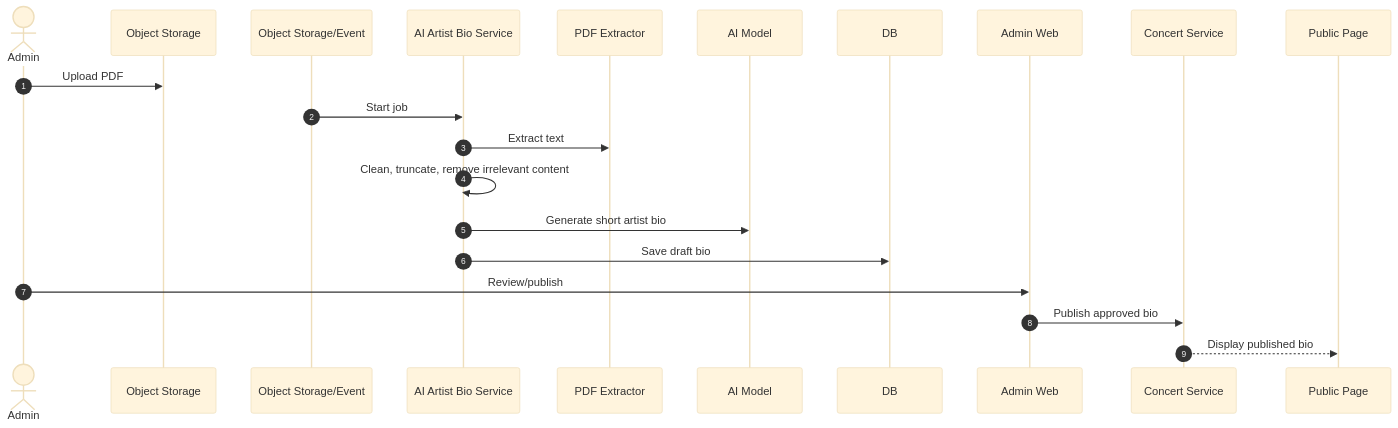
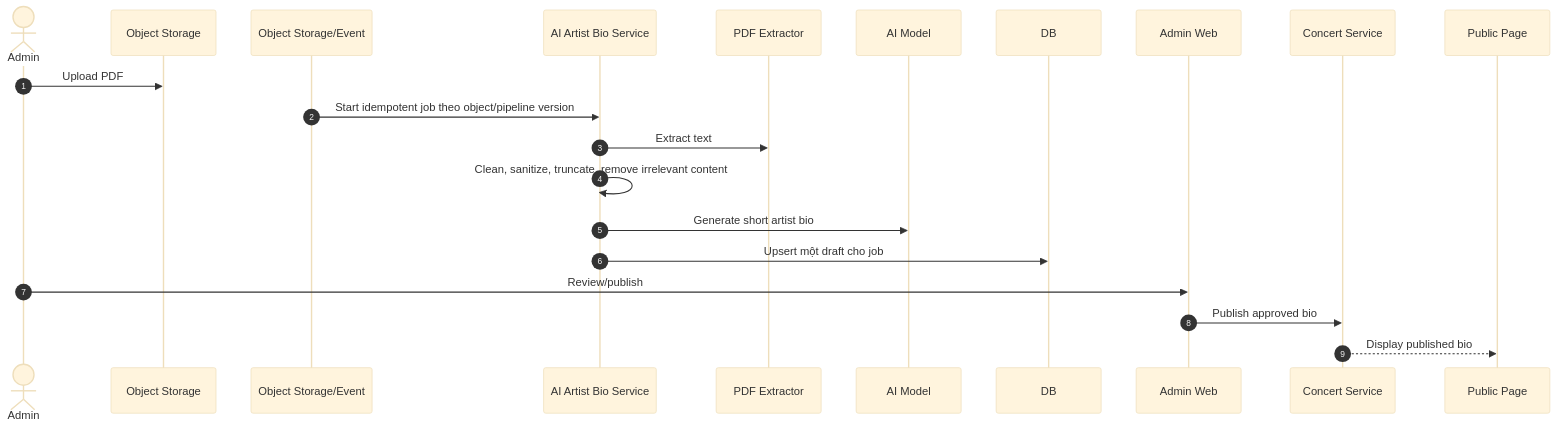
One commit to Toanapr/ticket-box changed the fifth of 5 diagrams in blueprint/05-business-flows.md. Above: the diagram before and after it, drawn with Mermaid (base theme). The commit also changed other lines of this file and 8 other files, not shown here.

````diff
--- a/blueprint/05-business-flows.md
+++ b/blueprint/05-business-flows.md
@@ -156,24 +165,24 @@
 ```mermaid
 sequenceDiagram
     autonumber
     actor Admin as Admin
     participant Storage as Object Storage
     participant Event as Object Storage/Event
     participant AI as AI Artist Bio Service
     participant PDF as PDF Extractor
     participant Model as AI Model
     participant DB as DB
     participant AdminWeb as Admin Web
     participant Concert as Concert Service
     participant PublicPage as Public Page
 
     Admin->>Storage: Upload PDF
-    Event->>AI: Start job
+    Event->>AI: Start idempotent job theo object/pipeline version
     AI->>PDF: Extract text
-    AI->>AI: Clean, truncate, remove irrelevant content
+    AI->>AI: Clean, sanitize, truncate, remove irrelevant content
     AI->>Model: Generate short artist bio
-    AI->>DB: Save draft bio
+    AI->>DB: Upsert một draft cho job
     Admin->>AdminWeb: Review/publish
     AdminWeb->>Concert: Publish approved bio
     Concert-->>PublicPage: Display published bio
 ```
````
